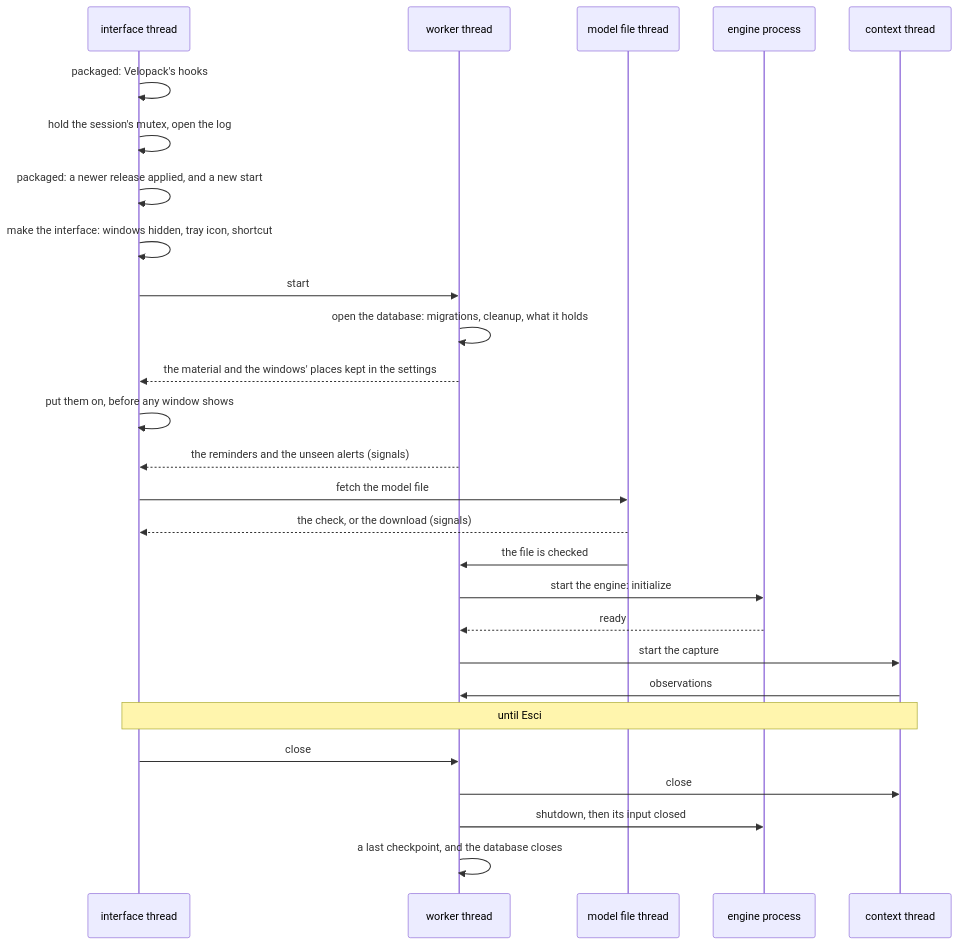
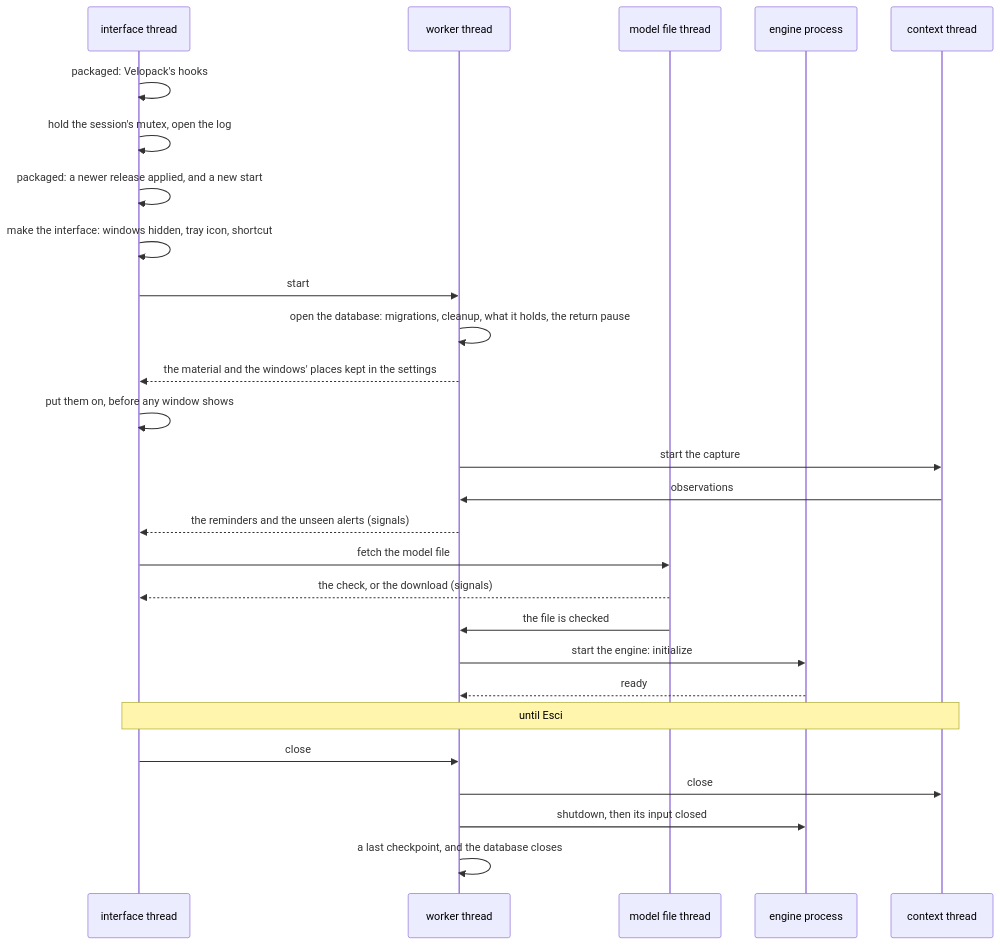
One commit to devfrx/jiffin changed the second of 2 diagrams in docs/design/architecture.md. Above: the diagram before and after it, drawn with Mermaid. The commit also changed other lines of this file and 18 other files, not shown here.

First line of the commit message:
feat: report lock, sleep and full screen, and start the capture with the worker (#111)

````diff
--- a/docs/design/architecture.md
+++ b/docs/design/architecture.md
@@ -85,30 +85,30 @@
 ```mermaid
 sequenceDiagram
     participant I as interface thread
     participant W as worker thread
     participant M as model file thread
     participant E as engine process
     participant C as context thread
 
     I->>I: packaged: Velopack's hooks
     I->>I: hold the session's mutex, open the log
     I->>I: packaged: a newer release applied, and a new start
     I->>I: make the interface: windows hidden, tray icon, shortcut
     I->>W: start
-    W->>W: open the database: migrations, cleanup, what it holds
+    W->>W: open the database: migrations, cleanup, what it holds, the return pause
     W-->>I: the material and the windows' places kept in the settings
     I->>I: put them on, before any window shows
+    W->>C: start the capture
+    C->>W: observations
     W-->>I: the reminders and the unseen alerts (signals)
     I->>M: fetch the model file
     M-->>I: the check, or the download (signals)
     M->>W: the file is checked
     W->>E: start the engine: initialize
     E-->>W: ready
-    W->>C: start the capture
-    C->>W: observations
     Note over I,C: until Esci
     I->>W: close
     W->>C: close
     W->>E: shutdown, then its input closed
     W->>W: a last checkpoint, and the database closes
 ```
````
